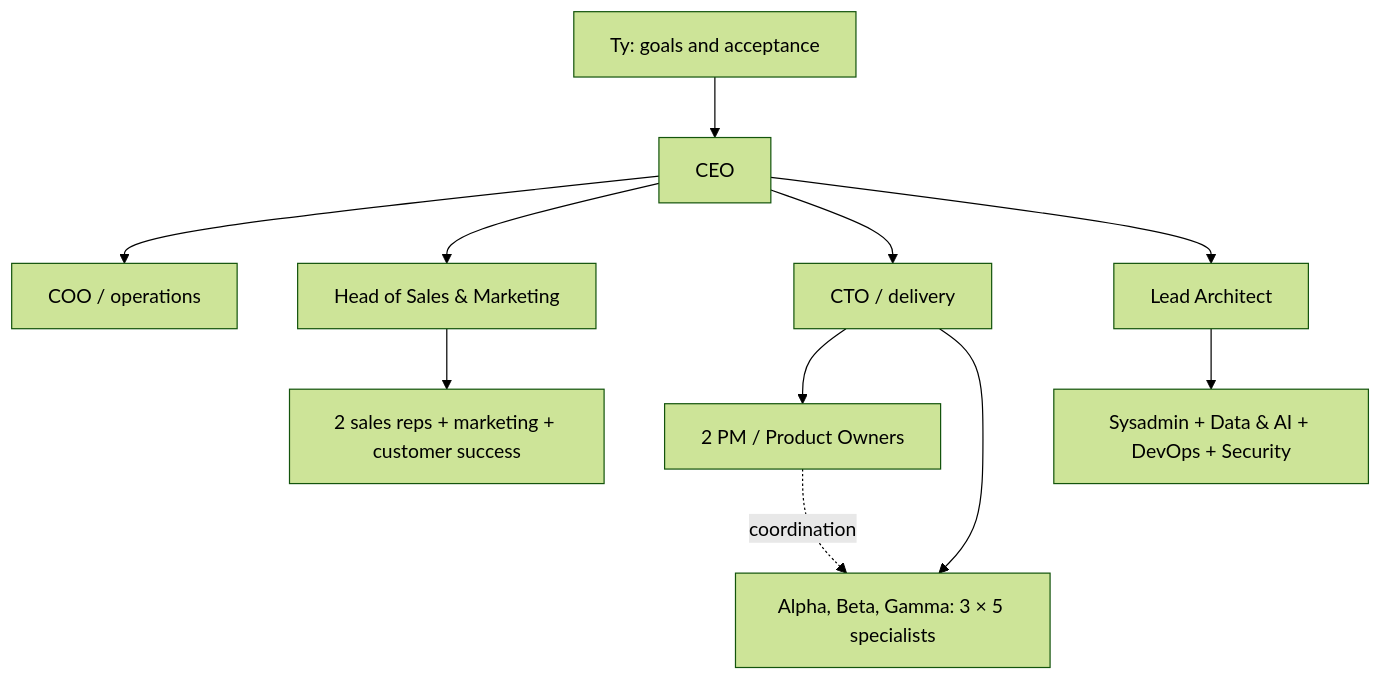
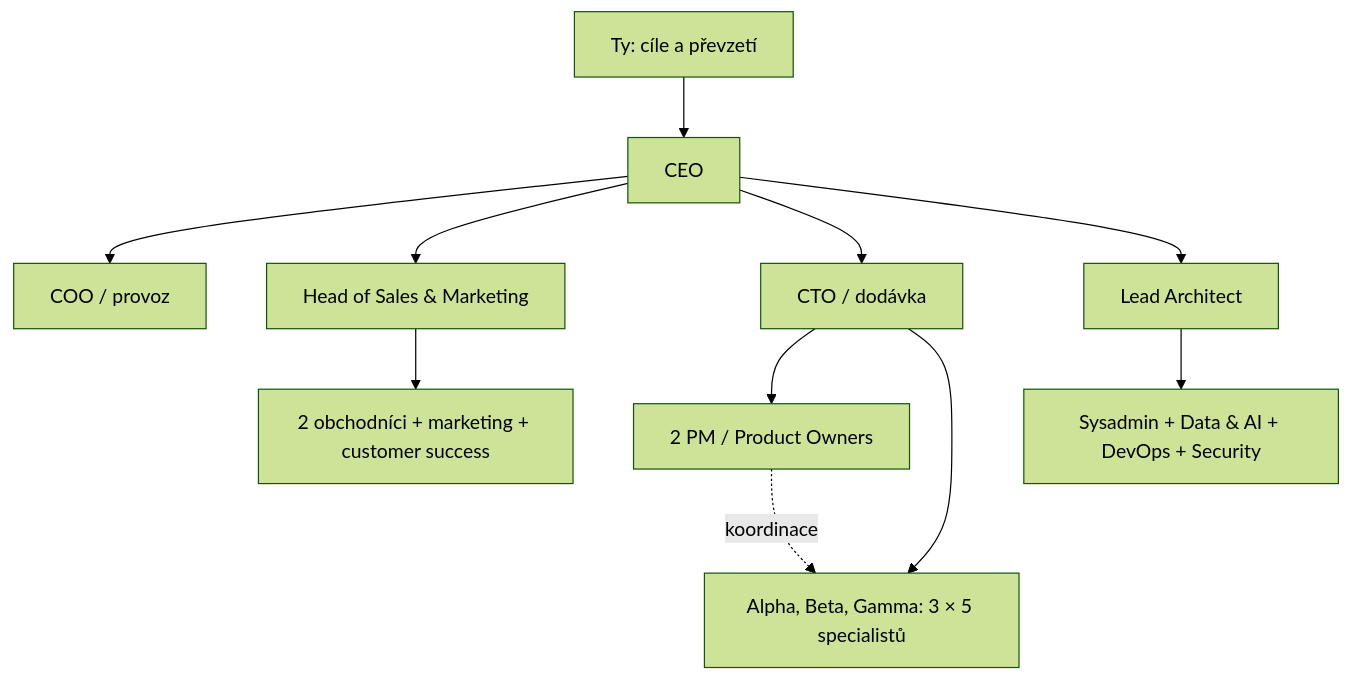
One commit to RulezZzOr/miner changed the diagram in studio/templates/README.md. Above: the diagram before and after it, drawn with Mermaid (forest theme). The commit also changed other lines of this file and 70 other files, not shown here.

````diff
--- a/studio/templates/README.md
+++ b/studio/templates/README.md
@@ -27,13 +27,13 @@
 ```mermaid
 flowchart TD
-  Owner[Ty: goals and acceptance] --> CEO[CEO]
-  CEO --> COO[COO / operations]
+  Owner[Ty: cíle a převzetí] --> CEO[CEO]
+  CEO --> COO[COO / provoz]
   CEO --> Growth[Head of Sales & Marketing]
-  CEO --> CTO[CTO / delivery]
+  CEO --> CTO[CTO / dodávka]
   CEO --> Architect[Lead Architect]
-  Growth --> Sales[2 sales reps + marketing + customer success]
+  Growth --> Sales[2 obchodníci + marketing + customer success]
   CTO --> PM[2 PM / Product Owners]
-  CTO --> Squads[Alpha, Beta, Gamma: 3 × 5 specialists]
-  PM -. coordination .-> Squads
+  CTO --> Squads[Alpha, Beta, Gamma: 3 × 5 specialistů]
+  PM -. koordinace .-> Squads
   Architect --> Platform[Sysadmin + Data & AI + DevOps + Security]
 ```
````
